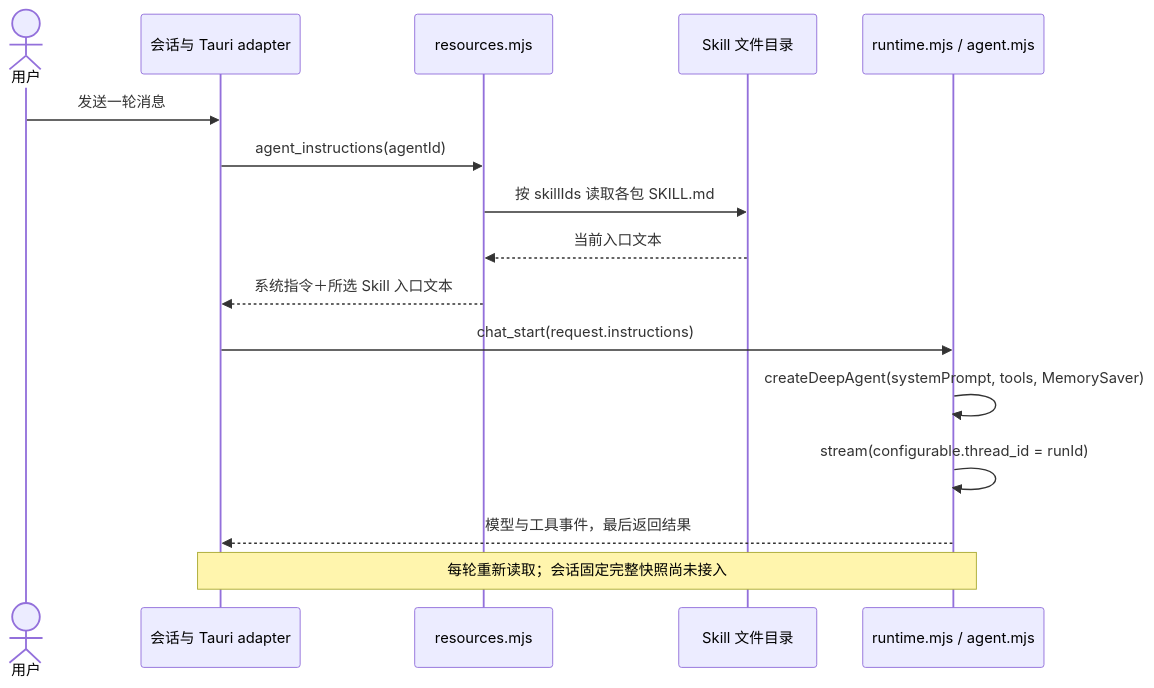
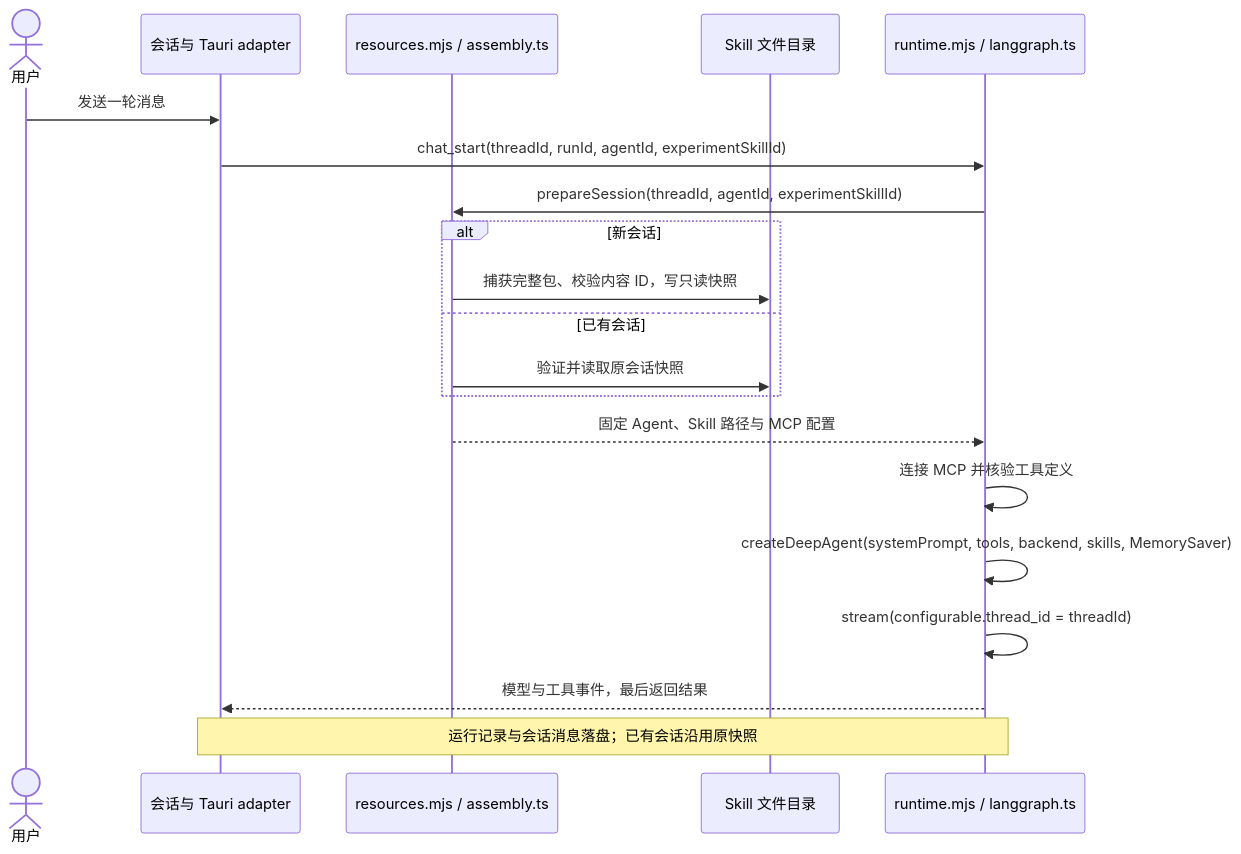
The second of 3 diagrams in docs/skill-storage-and-loading.md (time-gift24/omniops-bots), drawn with Mermaid before and after one commit. The commit also changed other lines of this file and 10 other files, not shown here.

````diff
--- a/docs/skill-storage-and-loading.md
+++ b/docs/skill-storage-and-loading.md
@@ -123,18 +124,22 @@
 ```mermaid
 sequenceDiagram
     actor U as 用户
     participant UI as 会话与 Tauri adapter
-    participant Res as resources.mjs
+    participant Res as resources.mjs / assembly.ts
     participant Disk as Skill 文件目录
-    participant Run as runtime.mjs / agent.mjs
+    participant Run as runtime.mjs / langgraph.ts
     U->>UI: 发送一轮消息
-    UI->>Res: agent_instructions(agentId)
-    Res->>Disk: 按 skillIds 读取各包 SKILL.md
-    Disk-->>Res: 当前入口文本
-    Res-->>UI: 系统指令＋所选 Skill 入口文本
-    UI->>Run: chat_start(request.instructions)
-    Run->>Run: createDeepAgent(systemPrompt, tools, MemorySaver)
-    Run->>Run: stream(configurable.thread_id = runId)
+    UI->>Run: chat_start(threadId, runId, agentId, experimentSkillId)
+    Run->>Res: prepareSession(threadId, agentId, experimentSkillId)
+    alt 新会话
+        Res->>Disk: 捕获完整包、校验内容 ID，写只读快照
+    else 已有会话
+        Res->>Disk: 验证并读取原会话快照
+    end
+    Res-->>Run: 固定 Agent、Skill 路径与 MCP 配置
+    Run->>Run: 连接 MCP 并核验工具定义
+    Run->>Run: createDeepAgent(systemPrompt, tools, backend, skills, MemorySaver)
+    Run->>Run: stream(configurable.thread_id = threadId)
     Run-->>UI: 模型与工具事件，最后返回结果
-    Note over UI,Run: 每轮重新读取；会话固定完整快照尚未接入
+    Note over UI,Run: 运行记录与会话消息落盘；已有会话沿用原快照
 ```
````
